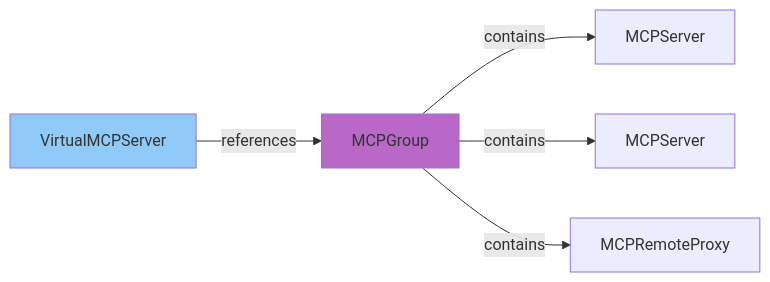
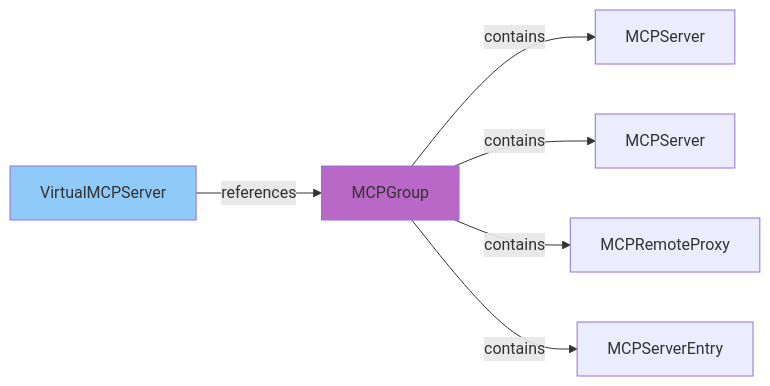
Before and after one commit to stacklok/toolhive: the second of 6 diagrams in docs/arch/10-virtual-mcp-architecture.md, drawn with Mermaid. The commit also changed other lines of this file and 7 other files, not shown here.

````diff
--- a/docs/arch/10-virtual-mcp-architecture.md
+++ b/docs/arch/10-virtual-mcp-architecture.md
@@ -82,10 +85,11 @@
 ```mermaid
 graph LR
     vMCP[VirtualMCPServer] -->|references| Group[MCPGroup]
     Group -->|contains| S1[MCPServer]
     Group -->|contains| S2[MCPServer]
     Group -->|contains| R1[MCPRemoteProxy]
+    Group -->|contains| E1[MCPServerEntry]
 
     style vMCP fill:#90caf9
     style Group fill:#ba68c8
 ```
````
